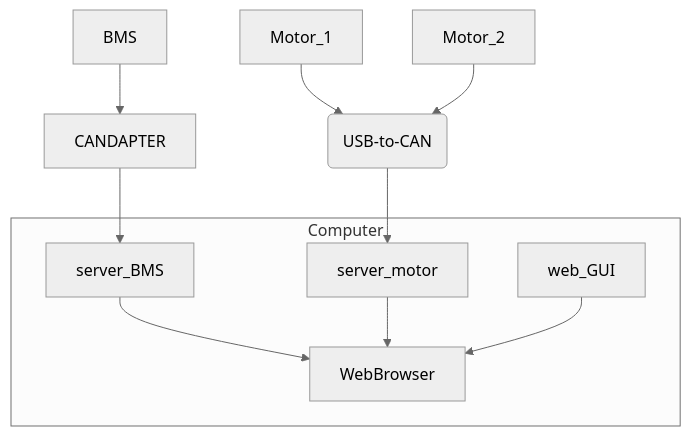
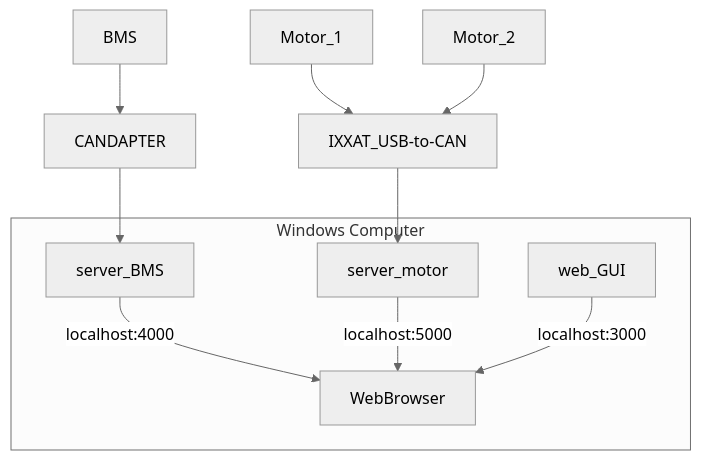
One commit to jhynes94/electro-car-dashboard changed the diagram in README.md. Above: the diagram before and after it, drawn with Mermaid (neutral theme). The commit also changed other lines of this file and 2 other files, not shown here.

Commit message:
Updated READMEs

````diff
--- a/README.md
+++ b/README.md
@@ -6,15 +6,15 @@
 ```mermaid
 graph TD;
-    Motor_1-->IXXAT(USB-to-CAN);
-    Motor_2-->IXXAT(USB-to-CAN);
-    IXXAT(USB-to-CAN)-->server_motor
+    Motor_1-->IXXAT_USB-to-CAN;
+    Motor_2-->IXXAT_USB-to-CAN;
+    IXXAT_USB-to-CAN-->server_motor
     BMS-->CANDAPTER;
     CANDAPTER-->server_BMS
 
+    subgraph Windows Computer
+    server_BMS--localhost:4000-->WebBrowser
+    server_motor--localhost:5000-->WebBrowser
+    web_GUI--localhost:3000-->WebBrowser
+    end
 
-    subgraph Computer
-    server_BMS-->WebBrowser
-    server_motor-->WebBrowser
-    web_GUI-->WebBrowser
-    end
 ```
````
